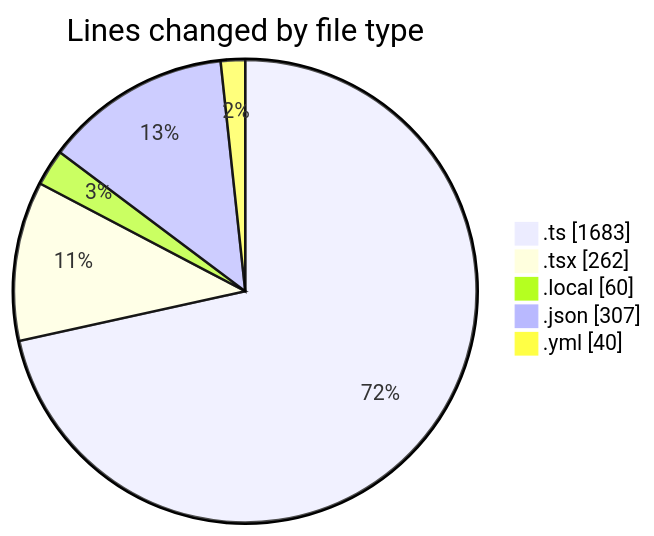
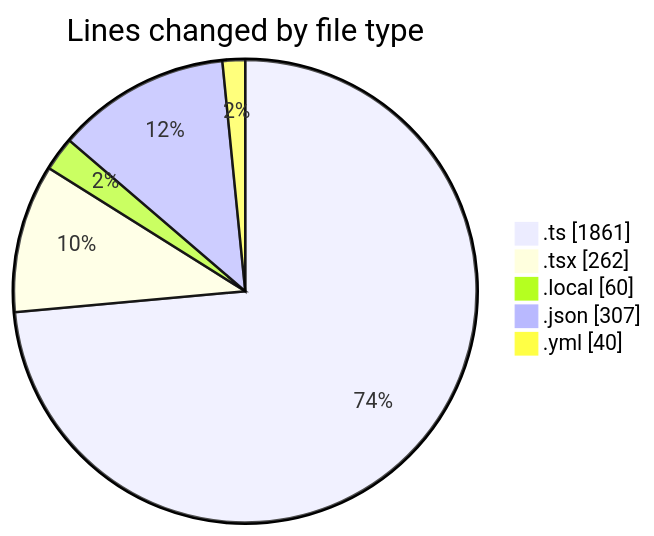
The first of 2 diagrams in 2025-11-26/eventscop-frontend-guide__workspace_/README.md (julien-gomy/code-tracking), drawn with Mermaid before and after one commit. The commit also changed other lines of this file and 1 other file, not shown here.

````diff
--- a/2025-11-26/eventscop-frontend-guide__workspace_/README.md
+++ b/2025-11-26/eventscop-frontend-guide__workspace_/README.md
@@ -29,9 +29,9 @@
 ```mermaid
 pie showData
 title Lines changed by file type
-".ts" : 1683
+".ts" : 1861
 ".tsx" : 262
 ".local" : 60
 ".json" : 307
 ".yml" : 40
 ```
````
